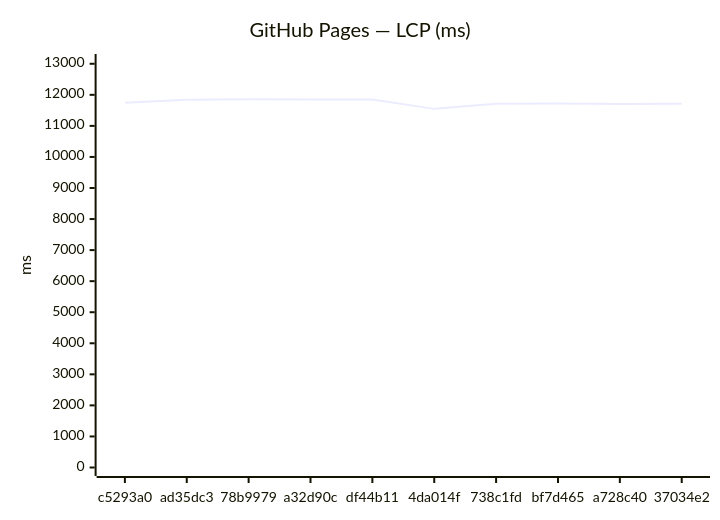
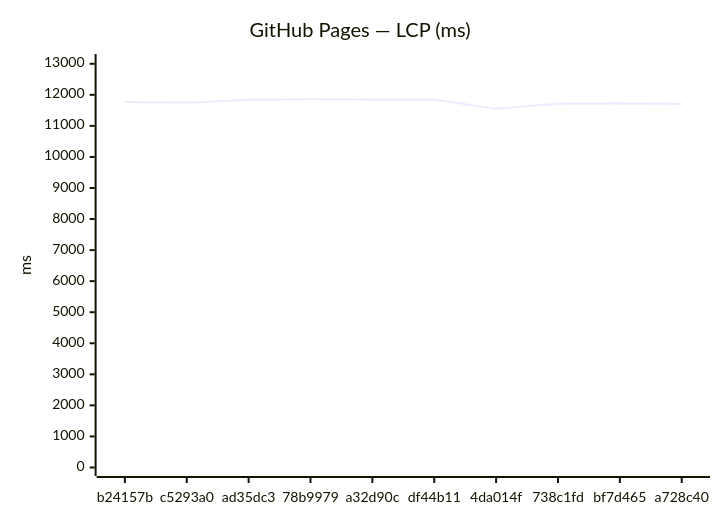
The third of 24 diagrams in benchmarks/compare.md (Metaheurist/Rianell), drawn with Mermaid before and after one commit. The commit also changed other lines of this file and 14 other files, not shown here.

````diff
--- a/benchmarks/compare.md
+++ b/benchmarks/compare.md
@@ -54,7 +54,7 @@
 ```mermaid
 xychart-beta
     title "GitHub Pages — LCP (ms)"
-    x-axis ["c5293a0", "ad35dc3", "78b9979", "a32d90c", "df44b11", "4da014f", "738c1fd", "bf7d465", "a728c40", "37034e2"]
+    x-axis ["b24157b", "c5293a0", "ad35dc3", "78b9979", "a32d90c", "df44b11", "4da014f", "738c1fd", "bf7d465", "a728c40"]
     y-axis "ms" 0 --> 13041
-    line [11742, 11838, 11855, 11852, 11847, 11548, 11710, 11718, 11707, 11710]
+    line [11768, 11742, 11838, 11855, 11852, 11847, 11548, 11710, 11718, 11707]
 ```
````
